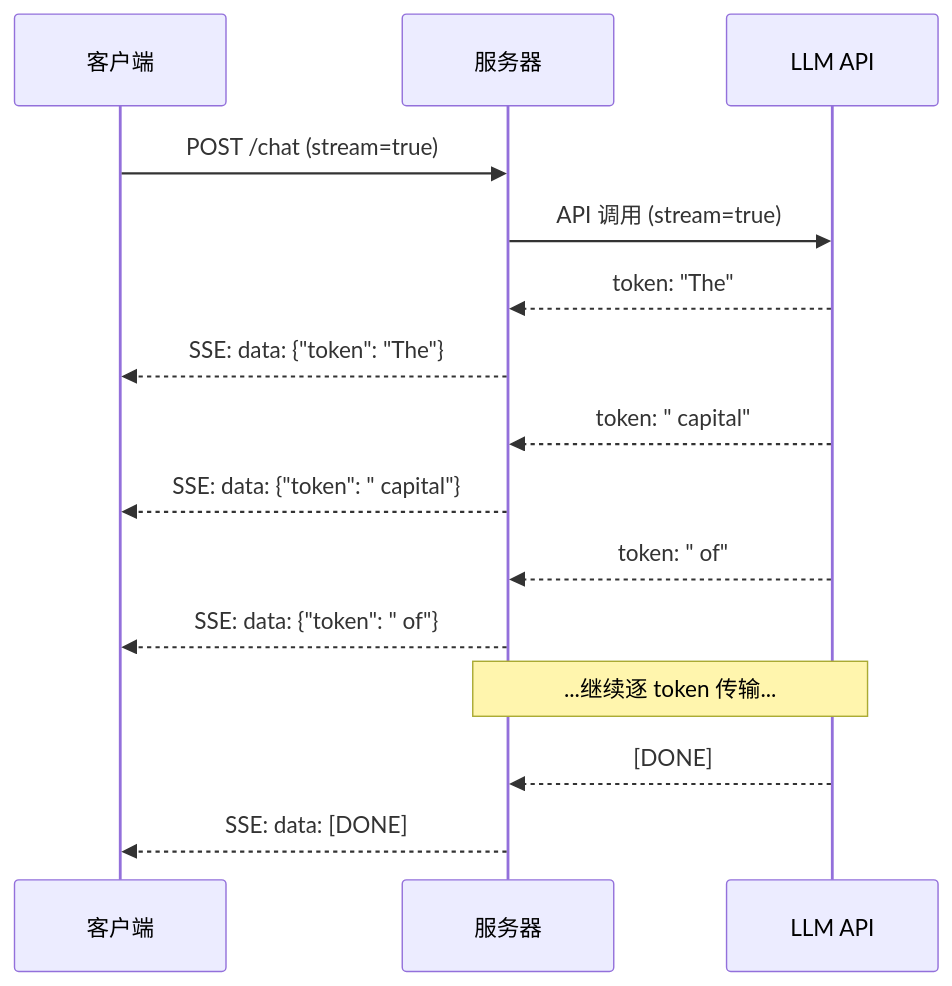
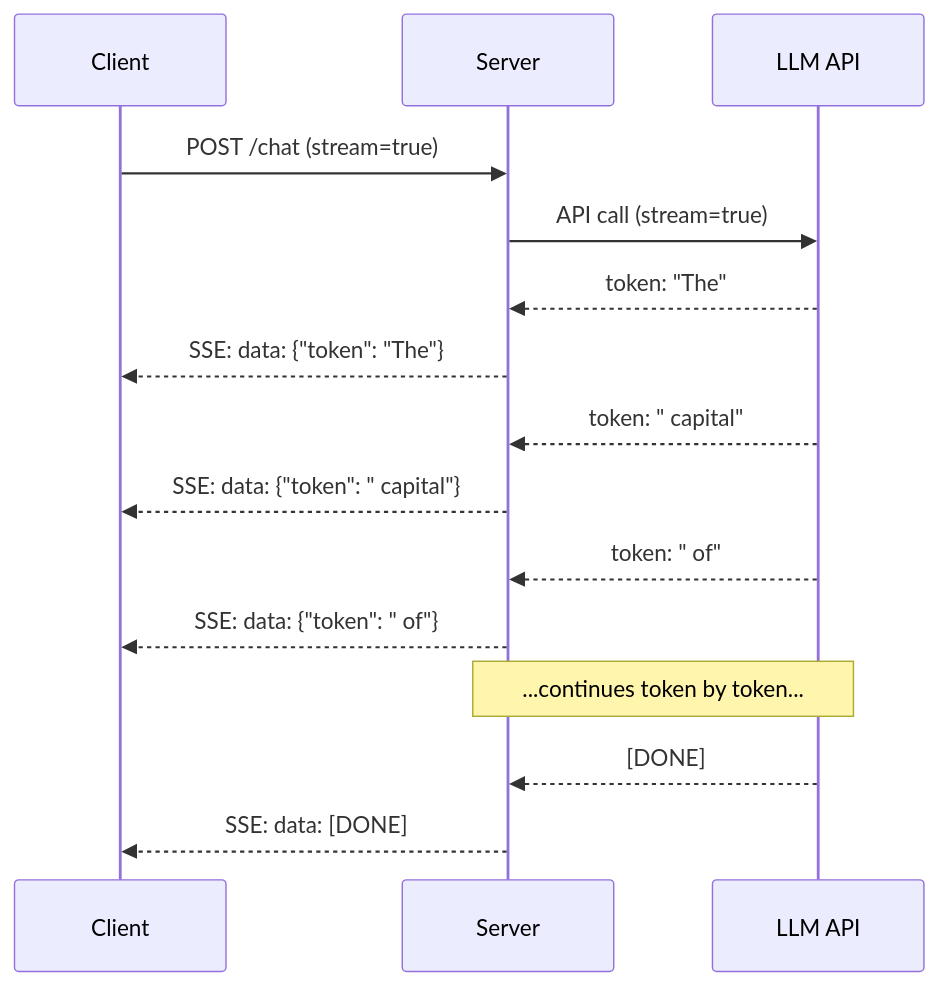
The second of 3 diagrams in i18n/zh/phases/11-llm-engineering/13-production-app/docs/zh.md (xiaojiaenen/ai-engineering-from-scratch-zh), drawn with Mermaid before and after one commit. The commit also changed other lines of this file and 17 other files, not shown here.

````diff
--- a/i18n/zh/phases/11-llm-engineering/13-production-app/docs/zh.md
+++ b/i18n/zh/phases/11-llm-engineering/13-production-app/docs/zh.md
@@ -86,18 +86,18 @@
 ```mermaid
 sequenceDiagram
-    participant C as 客户端
-    participant S as 服务器
+    participant C as Client
+    participant S as Server
     participant L as LLM API
 
     C->>S: POST /chat (stream=true)
-    S->>L: API 调用 (stream=true)
+    S->>L: API call (stream=true)
     L-->>S: token: "The"
     S-->>C: SSE: data: {"token": "The"}
     L-->>S: token: " capital"
     S-->>C: SSE: data: {"token": " capital"}
     L-->>S: token: " of"
     S-->>C: SSE: data: {"token": " of"}
-    Note over L,S: ...继续逐 token 传输...
+    Note over L,S: ...continues token by token...
     L-->>S: [DONE]
     S-->>C: SSE: data: [DONE]
 ```
````
